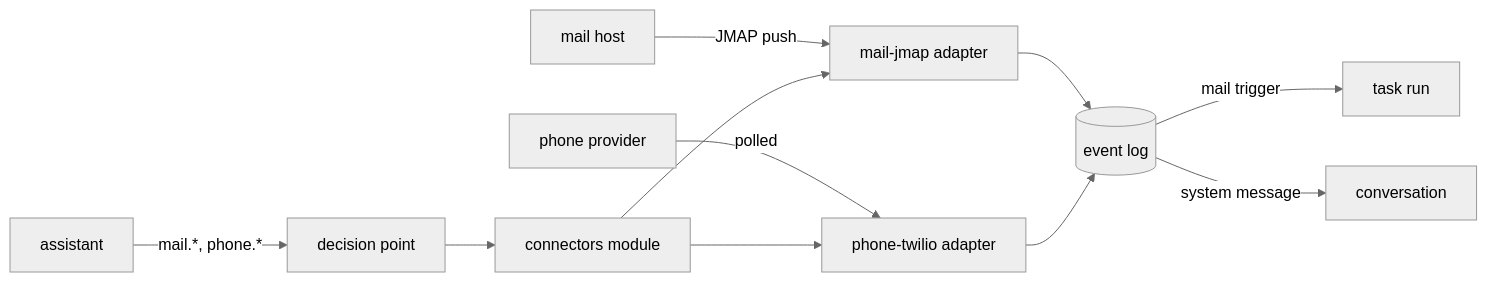
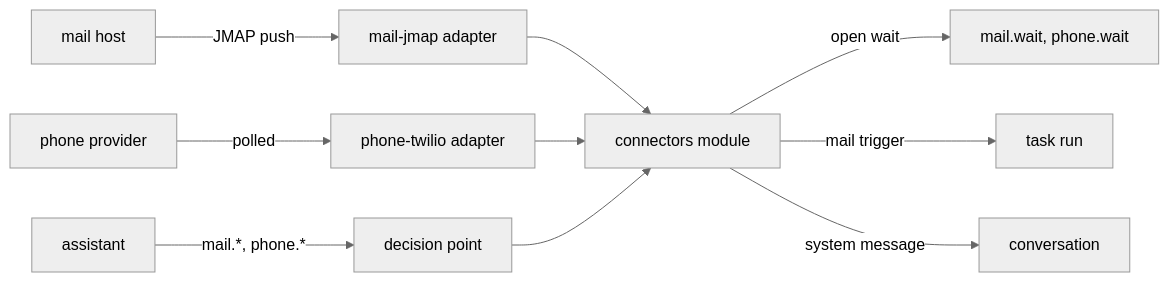
The diagram in docs/design/queue/mail-and-phone.md (zgeoff/nixie), drawn with Mermaid (neutral theme) before and after one commit. The commit also changed other lines of this file and 4 other files, not shown here.

````diff
--- a/docs/design/queue/mail-and-phone.md
+++ b/docs/design/queue/mail-and-phone.md
@@ -14,13 +14,12 @@
 ```mermaid
 flowchart LR
   host[mail host] -->|"JMAP push"| mail[mail-jmap adapter]
   provider[phone provider] -->|"polled"| phone[phone-twilio adapter]
-  mail --> log[(event log)]
-  phone --> log
-  log -->|"mail trigger"| task[task run]
-  log -->|"system message"| conv[conversation]
+  mail --> source[connectors module]
+  phone --> source
+  source -->|"open wait"| wait[mail.wait, phone.wait]
+  source -->|"mail trigger"| task[task run]
+  source -->|"system message"| conv[conversation]
   model[assistant] -->|"mail.*, phone.*"| point[decision point]
-  point --> conn[connectors module]
-  conn --> mail
-  conn --> phone
+  point --> source
 ```
````
